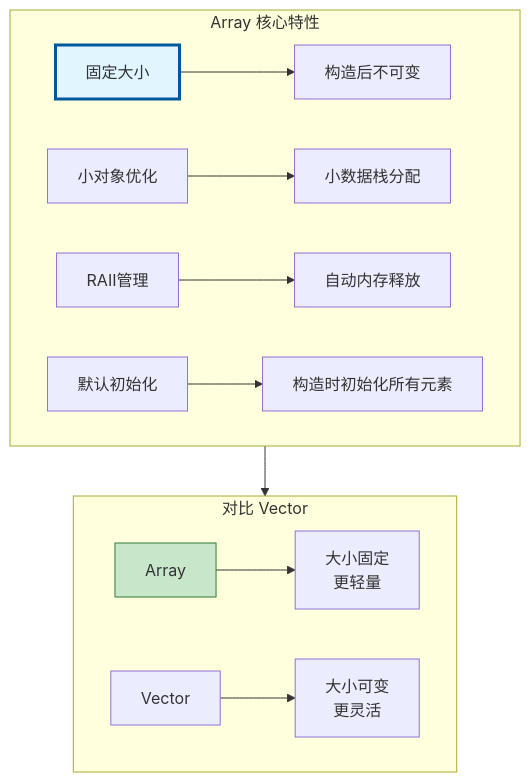
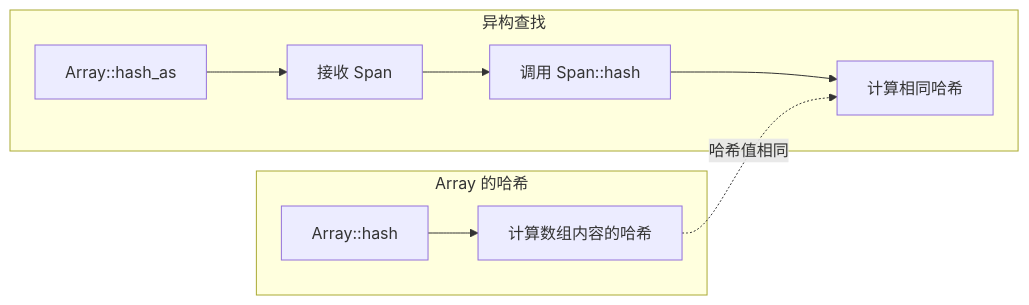
The second of 3 diagrams in 杂/markdown/学习节点/基础库/03_Array.md (yunkezengren/blender-.vscode), drawn with Mermaid before and after one commit. The commit also changed other lines of this file and 4 other files, not shown here.

````diff
--- a/杂/markdown/学习节点/基础库/03_Array.md
+++ b/杂/markdown/学习节点/基础库/03_Array.md
@@ -136,19 +487,14 @@
 ```mermaid
-flowchart TB
-    subgraph Array特性["Array 核心特性"]
-        A[固定大小] --> A1[构造后不可变]
-        B[小对象优化] --> B1[小数据栈分配]
-        C[RAII管理] --> C1[自动内存释放]
-        D[默认初始化] --> D1[构造时初始化所有元素]
+flowchart LR
+    subgraph "Array 的哈希"
+        A["Array::hash"] --> B["计算数组内容的哈希"]
     end
     
-    subgraph 对比Vector["对比 Vector"]
-        E[Array] --> E1["大小固定\n更轻量"]
-        F[Vector] --> F1["大小可变\n更灵活"]
+    subgraph "异构查找"
+        C["Array::hash_as"] --> D["接收 Span"]
+        D --> E["调用 Span::hash"]
+        E --> F["计算相同哈希"]
     end
     
-    Array特性 --> 对比Vector
-    
-    style A fill:#e1f5fe,stroke:#01579b,stroke-width:3px
-    style E fill:#c8e6c9,stroke:#2e7d32
+    B -.->|"哈希值相同"| F
 ```
````
